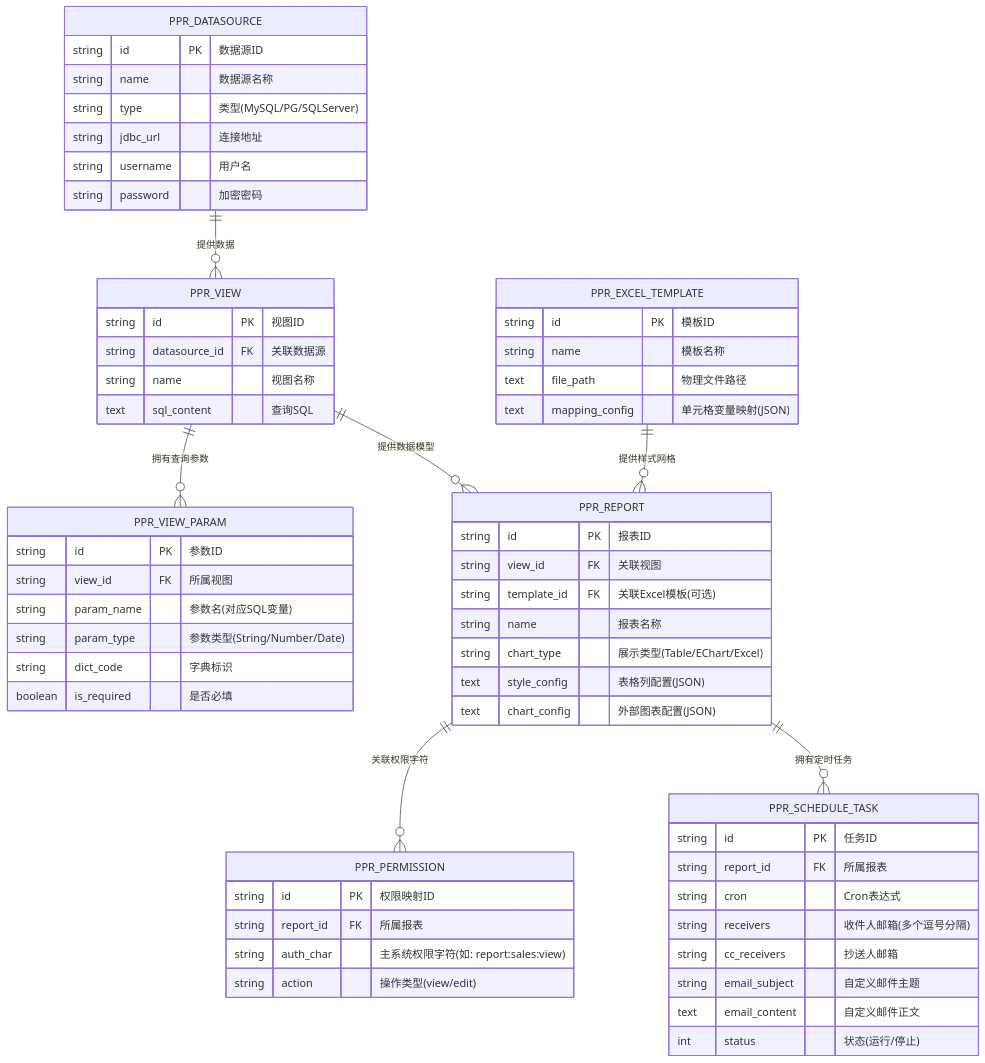
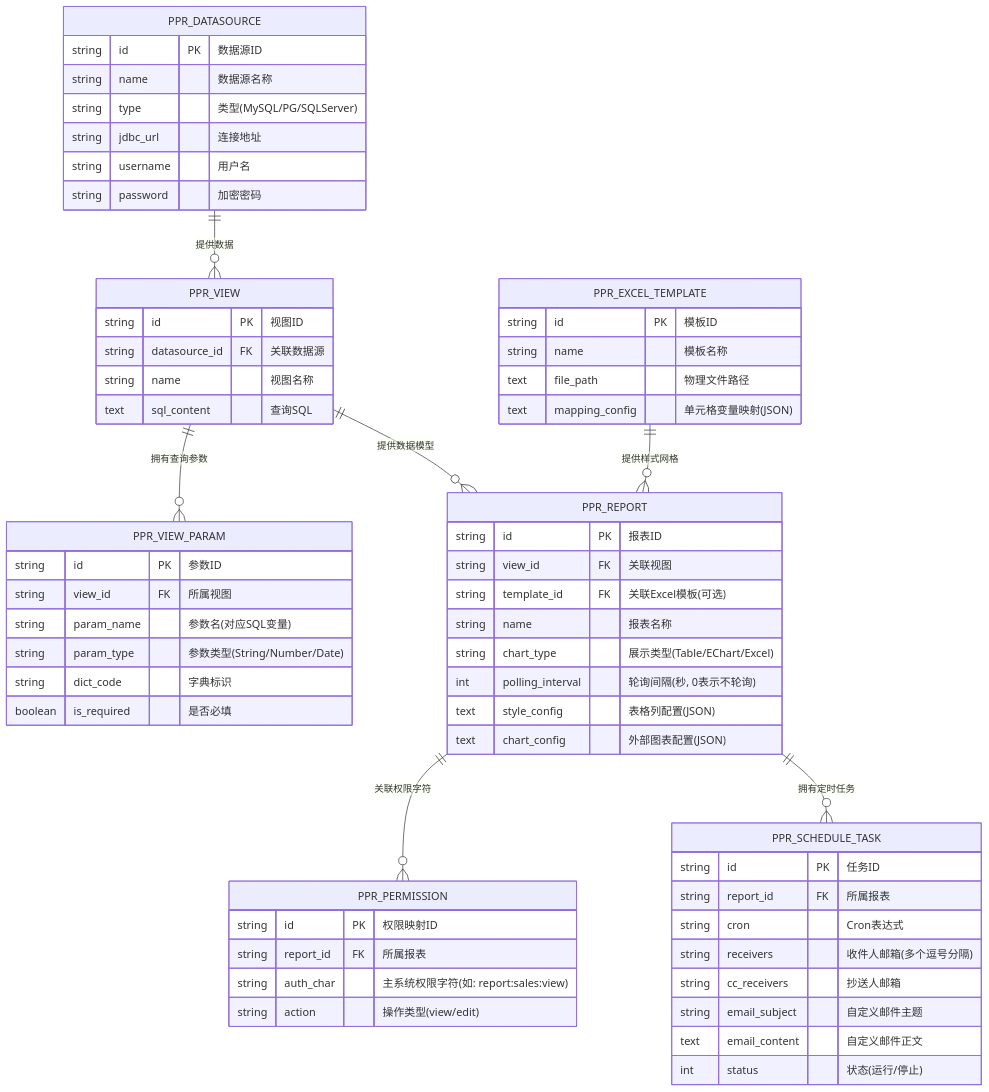
Before and after one commit to brizeboo/PPR: the first of 3 diagrams in PPR_PRD.md, drawn with Mermaid. The commit also changed other lines of this file, not shown here.

````diff
--- a/PPR_PRD.md
+++ b/PPR_PRD.md
@@ -188,69 +185,70 @@
 ```mermaid
 erDiagram
     PPR_DATASOURCE ||--o{ PPR_VIEW : "提供数据"
     PPR_VIEW ||--o{ PPR_VIEW_PARAM : "拥有查询参数"
     PPR_VIEW ||--o{ PPR_REPORT : "提供数据模型"
     PPR_EXCEL_TEMPLATE ||--o{ PPR_REPORT : "提供样式网格"
     PPR_REPORT ||--o{ PPR_PERMISSION : "关联权限字符"
     PPR_REPORT ||--o{ PPR_SCHEDULE_TASK : "拥有定时任务"
 
     PPR_DATASOURCE {
         string id PK "数据源ID"
         string name "数据源名称"
         string type "类型(MySQL/PG/SQLServer)"
         string jdbc_url "连接地址"
         string username "用户名"
         string password "加密密码"
     }
 
     PPR_VIEW {
         string id PK "视图ID"
         string datasource_id FK "关联数据源"
         string name "视图名称"
         text sql_content "查询SQL"
     }
 
     PPR_VIEW_PARAM {
         string id PK "参数ID"
         string view_id FK "所属视图"
         string param_name "参数名(对应SQL变量)"
         string param_type "参数类型(String/Number/Date)"
         string dict_code "字典标识"
         boolean is_required "是否必填"
     }
 
     PPR_REPORT {
         string id PK "报表ID"
         string view_id FK "关联视图"
         string template_id FK "关联Excel模板(可选)"
         string name "报表名称"
         string chart_type "展示类型(Table/EChart/Excel)"
+        int polling_interval "轮询间隔(秒, 0表示不轮询)"
         text style_config "表格列配置(JSON)"
         text chart_config "外部图表配置(JSON)"
     }
 
     PPR_EXCEL_TEMPLATE {
         string id PK "模板ID"
         string name "模板名称"
         text file_path "物理文件路径"
         text mapping_config "单元格变量映射(JSON)"
     }
 
     PPR_PERMISSION {
         string id PK "权限映射ID"
         string report_id FK "所属报表"
         string auth_char "主系统权限字符(如: report:sales:view)"
         string action "操作类型(view/edit)"
     }
 
     PPR_SCHEDULE_TASK {
         string id PK "任务ID"
         string report_id FK "所属报表"
         string cron "Cron表达式"
         string receivers "收件人邮箱(多个逗号分隔)"
         string cc_receivers "抄送人邮箱"
         string email_subject "自定义邮件主题"
         text email_content "自定义邮件正文"
         int status "状态(运行/停止)"
     }
 ```
````
